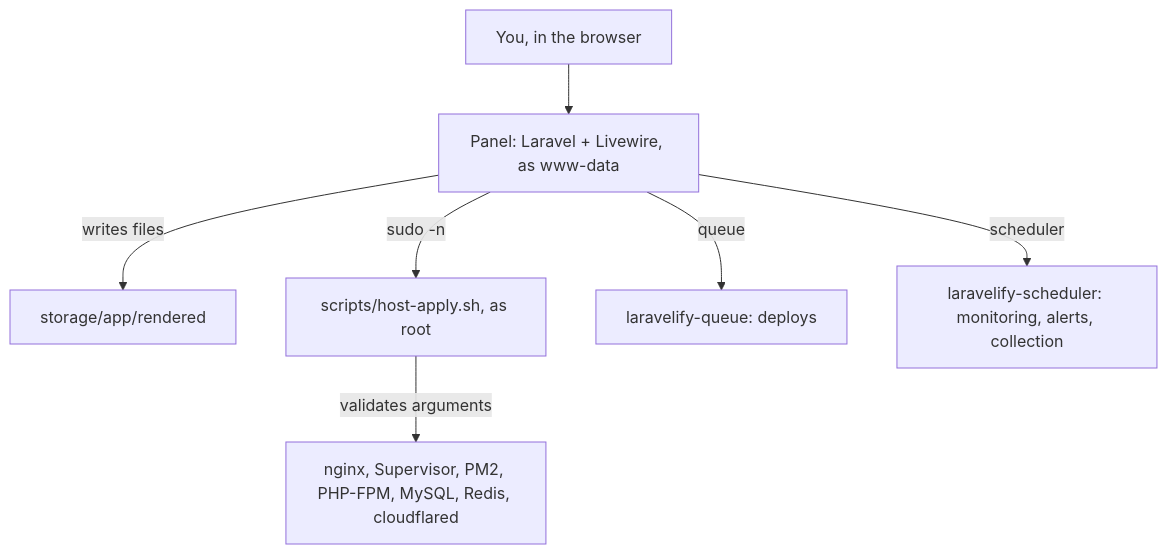
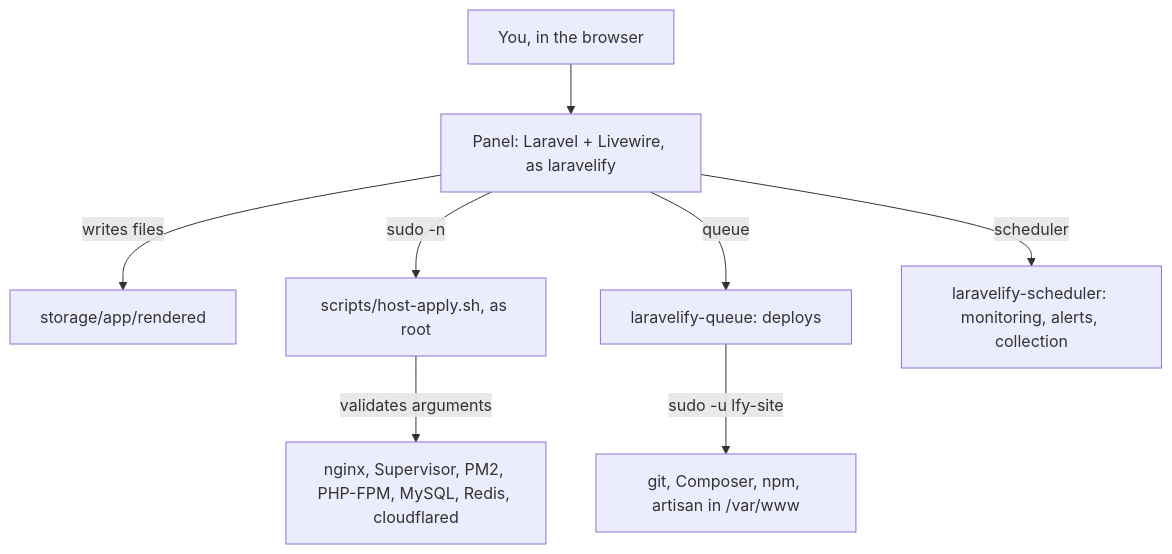
The diagram in concepts/architecture.mdx (laravelify-cloud/laravelify-docs), drawn with Mermaid before and after one commit. The commit also changed other lines of this file and 11 other files, not shown here.

````diff
--- a/concepts/architecture.mdx
+++ b/concepts/architecture.mdx
@@ -8,9 +8,10 @@
 ```mermaid
 flowchart TB
-  U[You, in the browser] --> P[Panel: Laravel + Livewire, as www-data]
+  U[You, in the browser] --> P[Panel: Laravel + Livewire, as laravelify]
   P -->|writes files| R[storage/app/rendered]
   P -->|sudo -n| H[scripts/host-apply.sh, as root]
   H -->|validates arguments| S[nginx, Supervisor, PM2, PHP-FPM, MySQL, Redis, cloudflared]
   P -->|queue| Q[laravelify-queue: deploys]
+  Q -->|sudo -u lfy-site| D[git, Composer, npm, artisan in /var/www]
   P -->|scheduler| C[laravelify-scheduler: monitoring, alerts, collection]
 ```
````
